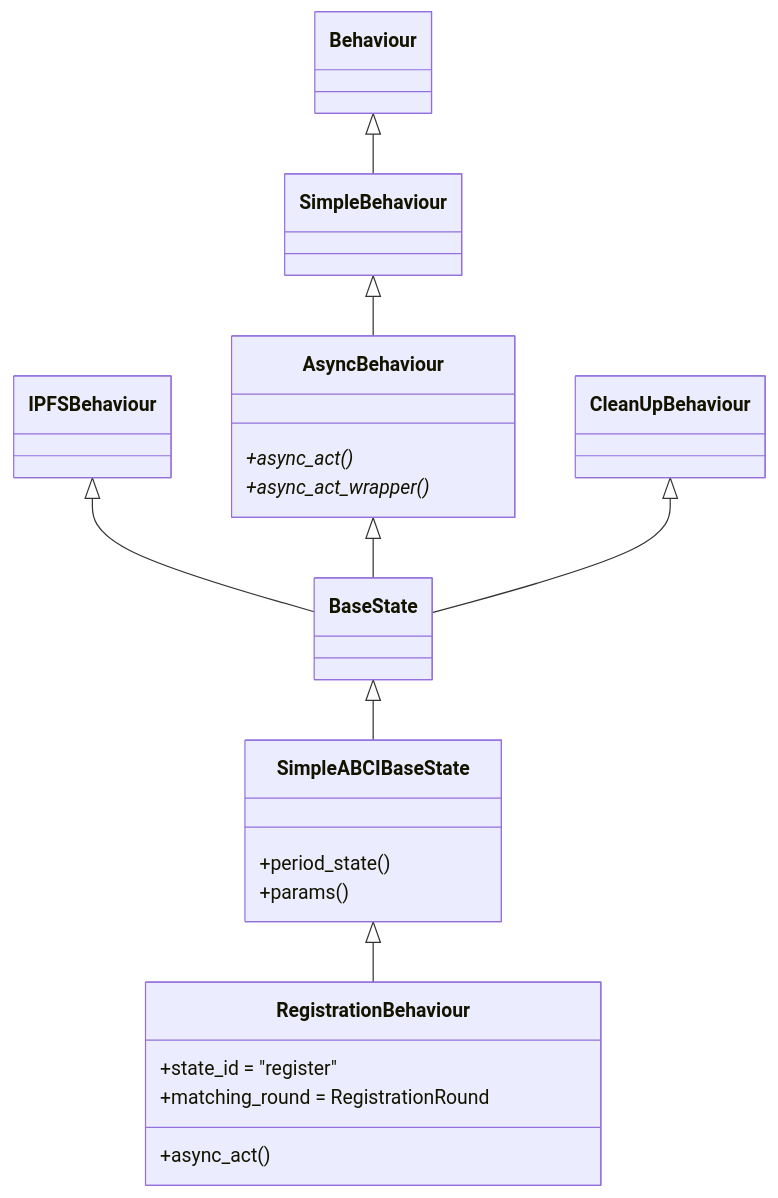
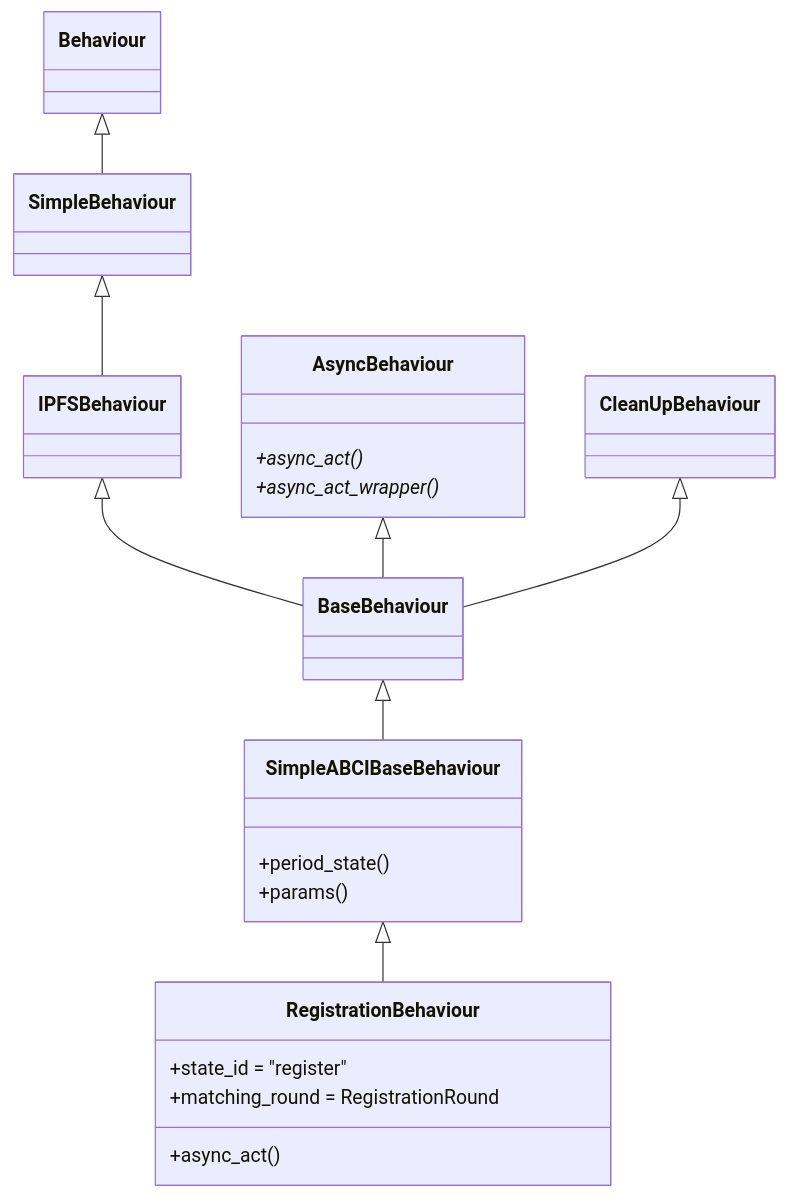
Before and after one commit to valory-xyz/open-autonomy: the third of 4 diagrams in docs/simple_abci.md, drawn with Mermaid. The commit also changed other lines of this file and 24 other files, not shown here.

```diff
--- a/docs/simple_abci.md
+++ b/docs/simple_abci.md
@@ -116,24 +116,24 @@
 <div class="mermaid">
 classDiagram
-    SimpleABCIBaseState<|-- RegistrationBehaviour
-    BaseState <|-- SimpleABCIBaseState
-    IPFSBehaviour <|-- BaseState
-    AsyncBehaviour <|-- BaseState
-    CleanUpBehaviour <|-- BaseState
-    SimpleBehaviour <|-- AsyncBehaviour
+    SimpleABCIBaseBehaviour<|-- RegistrationBehaviour
+    BaseBehaviour <|-- SimpleABCIBaseBehaviour
+    IPFSBehaviour <|-- BaseBehaviour
+    AsyncBehaviour <|-- BaseBehaviour
+    CleanUpBehaviour <|-- BaseBehaviour
+    SimpleBehaviour <|-- IPFSBehaviour
     Behaviour <|-- SimpleBehaviour
 
     class AsyncBehaviour{
         +async_act()*
         +async_act_wrapper()*
     }
-    class SimpleABCIBaseState {
+    class SimpleABCIBaseBehaviour {
         +period_state()
         +params()
     }
     class RegistrationBehaviour{
         +state_id = "register"
         +matching_round = RegistrationRound
         +async_act()
     }
 </div>
```
